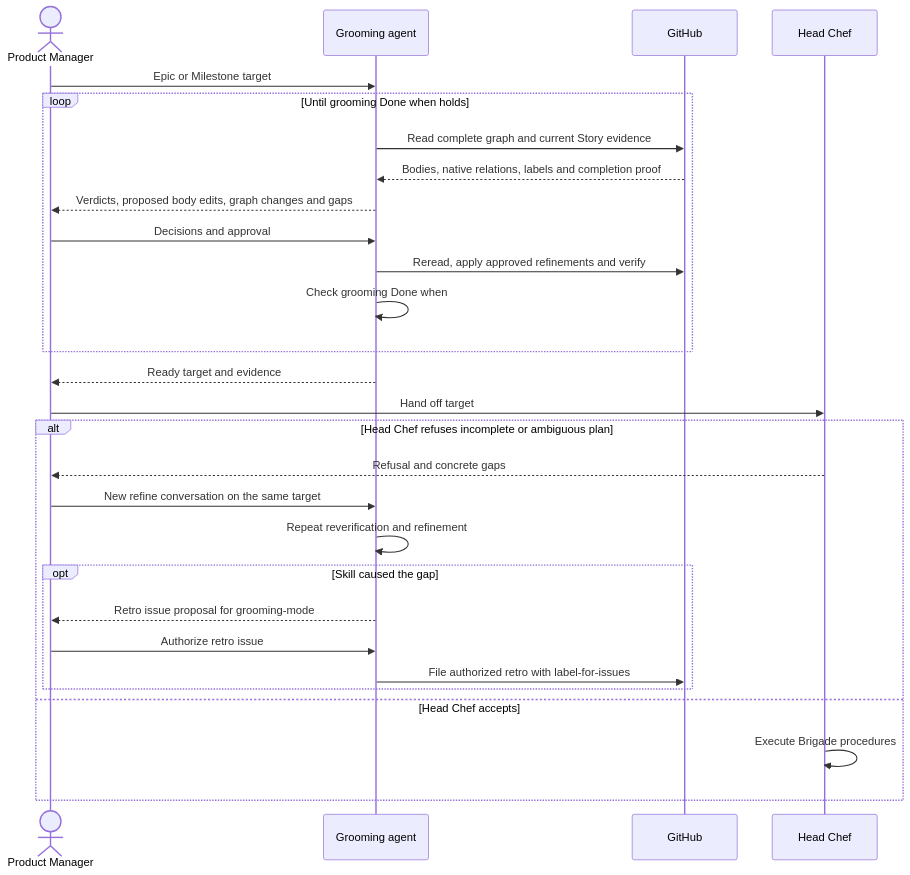
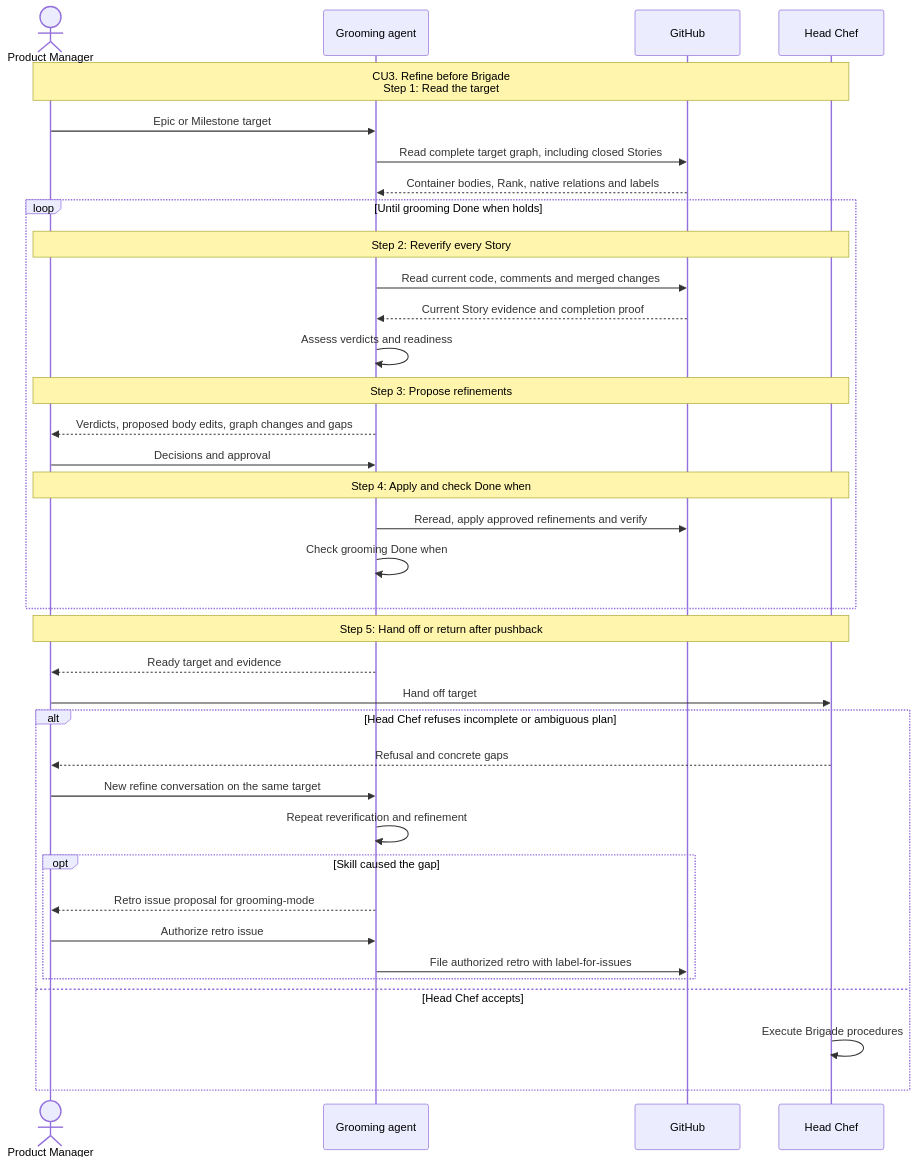
Before and after one commit to pascalandy/skills: the diagram in skills/grooming-mode/playbooks/refine.md, drawn with Mermaid. The commit also changed other lines of this file and 11 other files, not shown here.

````diff
--- a/skills/grooming-mode/playbooks/refine.md
+++ b/skills/grooming-mode/playbooks/refine.md
@@ -57,32 +57,40 @@
 ```mermaid
 sequenceDiagram
     accTitle: CU3 Refine before Brigade
     accDescr: Reverify and refine after approval until ready. A Head Chef refusal returns through the Product Manager into a new refine conversation.
     actor PM as Product Manager
     participant G as Grooming agent
     participant GH as GitHub
     participant H as Head Chef
+    Note over PM,H: CU3. Refine before Brigade<br>Step 1: Read the target
     PM->>G: Epic or Milestone target
+    G->>GH: Read complete target graph, including closed Stories
+    GH-->>G: Container bodies, Rank, native relations and labels
     loop Until grooming Done when holds
-        G->>GH: Read complete graph and current Story evidence
-        GH-->>G: Bodies, native relations, labels and completion proof
+        Note over PM,H: Step 2: Reverify every Story
+        G->>GH: Read current code, comments and merged changes
+        GH-->>G: Current Story evidence and completion proof
+        G->>G: Assess verdicts and readiness
+        Note over PM,H: Step 3: Propose refinements
         G-->>PM: Verdicts, proposed body edits, graph changes and gaps
         PM->>G: Decisions and approval
+        Note over PM,H: Step 4: Apply and check Done when
         G->>GH: Reread, apply approved refinements and verify
         G->>G: Check grooming Done when
     end
+    Note over PM,H: Step 5: Hand off or return after pushback
     G-->>PM: Ready target and evidence
     PM->>H: Hand off target
     alt Head Chef refuses incomplete or ambiguous plan
         H-->>PM: Refusal and concrete gaps
         PM->>G: New refine conversation on the same target
         G->>G: Repeat reverification and refinement
         opt Skill caused the gap
             G-->>PM: Retro issue proposal for grooming-mode
             PM->>G: Authorize retro issue
             G->>GH: File authorized retro with label-for-issues
         end
     else Head Chef accepts
         H->>H: Execute Brigade procedures
     end
 ```
````
